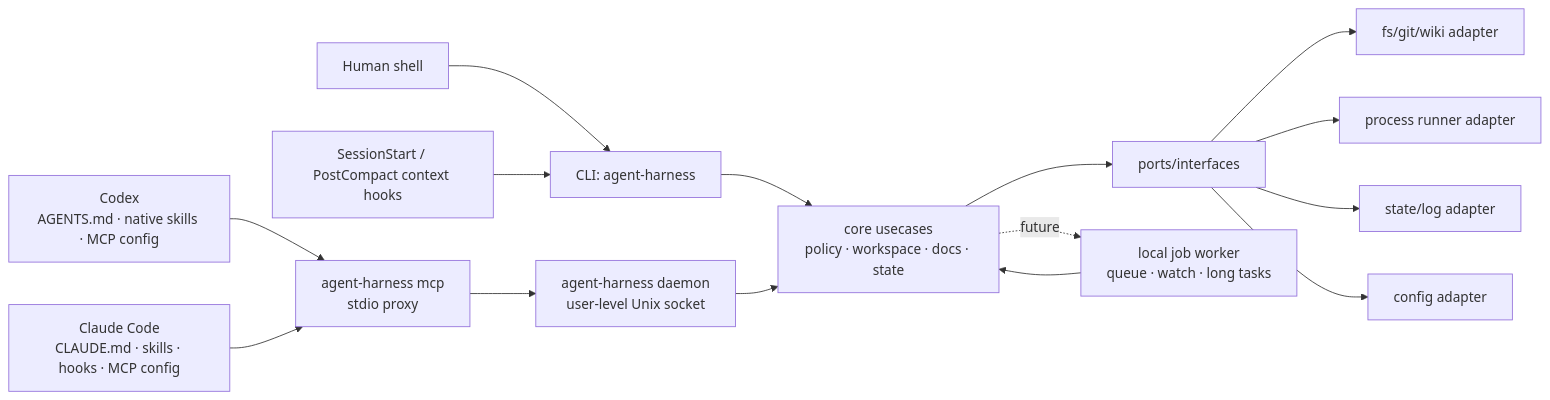
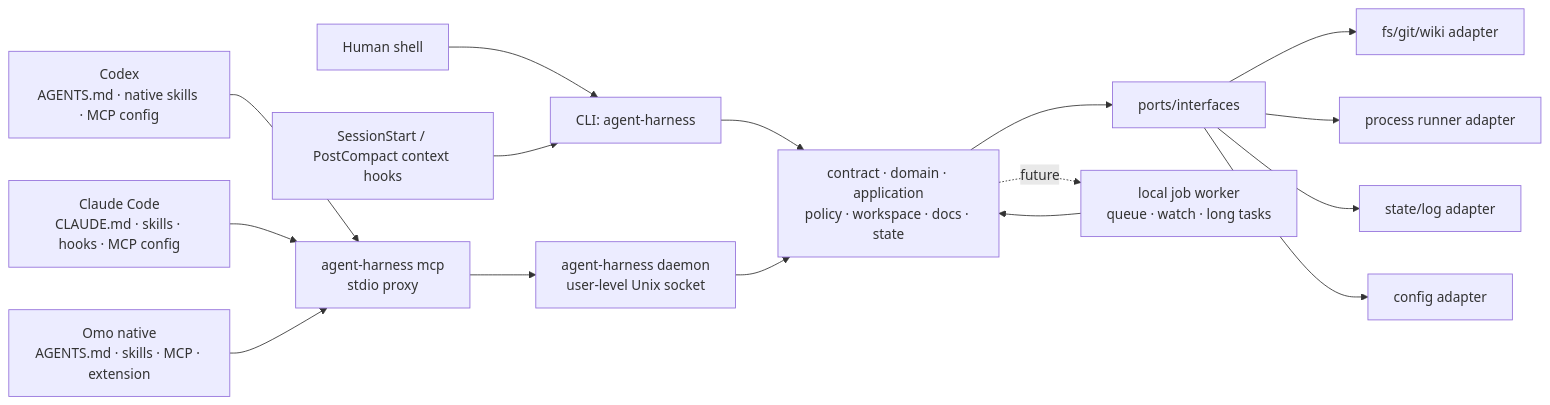
Before and after one commit to m16khb-org/agent-harness: the diagram in .agent-harness/architecture/hexagonal-core.md, drawn with Mermaid. The commit also changed other lines of this file and 7 other files, not shown here.

First line of the commit message:
docs(architecture): align canonical package boundaries

````diff
--- a/.agent-harness/architecture/hexagonal-core.md
+++ b/.agent-harness/architecture/hexagonal-core.md
@@ -22,19 +22,20 @@
 ```mermaid
 flowchart LR
     Codex["Codex<br/>AGENTS.md · native skills · MCP config"] --> MCPProxy["agent-harness mcp<br/>stdio proxy"]
     Claude["Claude Code<br/>CLAUDE.md · skills · hooks · MCP config"] --> MCPProxy
+    Omo["Omo native<br/>AGENTS.md · skills · MCP · extension"] --> MCPProxy
     Human["Human shell"] --> CLI["CLI: agent-harness"]
     Hook["SessionStart / PostCompact context hooks"] --> CLI
 
     MCPProxy --> Daemon["agent-harness daemon<br/>user-level Unix socket"]
-    CLI --> Core["core usecases<br/>policy · workspace · docs · state"]
+    CLI --> Core["contract · domain · application<br/>policy · workspace · docs · state"]
     Daemon --> Core
     Core --> Ports["ports/interfaces"]
     Ports --> FS["fs/git/wiki adapter"]
     Ports --> Proc["process runner adapter"]
     Ports --> State["state/log adapter"]
     Ports --> Config["config adapter"]
 
     Core -. future .-> Worker["local job worker<br/>queue · watch · long tasks"]
     Worker --> Core
 ```
````
